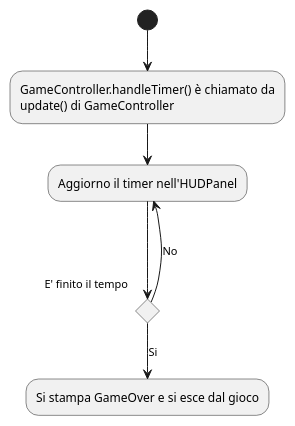
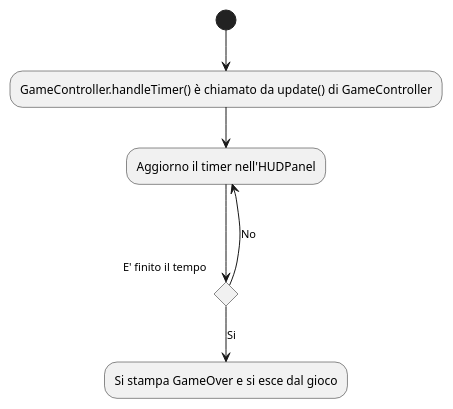
One commit to lcintini/JFlySwatter changed the diagram in src/controller/HandleTimerActivity.puml. Above: the diagram before and after it, drawn with PlantUML. The commit also changed 2 other files, not shown here.

Commit message:
aggiustamenti diagrammi di flusso

```diff
--- a/src/controller/HandleTimerActivity.puml
+++ b/src/controller/HandleTimerActivity.puml
@@ -1,12 +1,12 @@
 @startuml
 'https://plantuml.com/activity-diagram-beta
 
-(*)  --> "GameController.handleTimer() è chiamato da\nupdate() di GameController"
+(*)  --> "GameController.handleTimer() è chiamato da update() di GameController"
 --> "Aggiorno il timer nell'HUDPanel"
 If "E' finito il tempo" then
 --> [Si] "Si stampa GameOver e si esce dal gioco"
 else
 ---> [No] "Aggiorno il timer nell'HUDPanel"
 Endif
 
 @enduml
```
